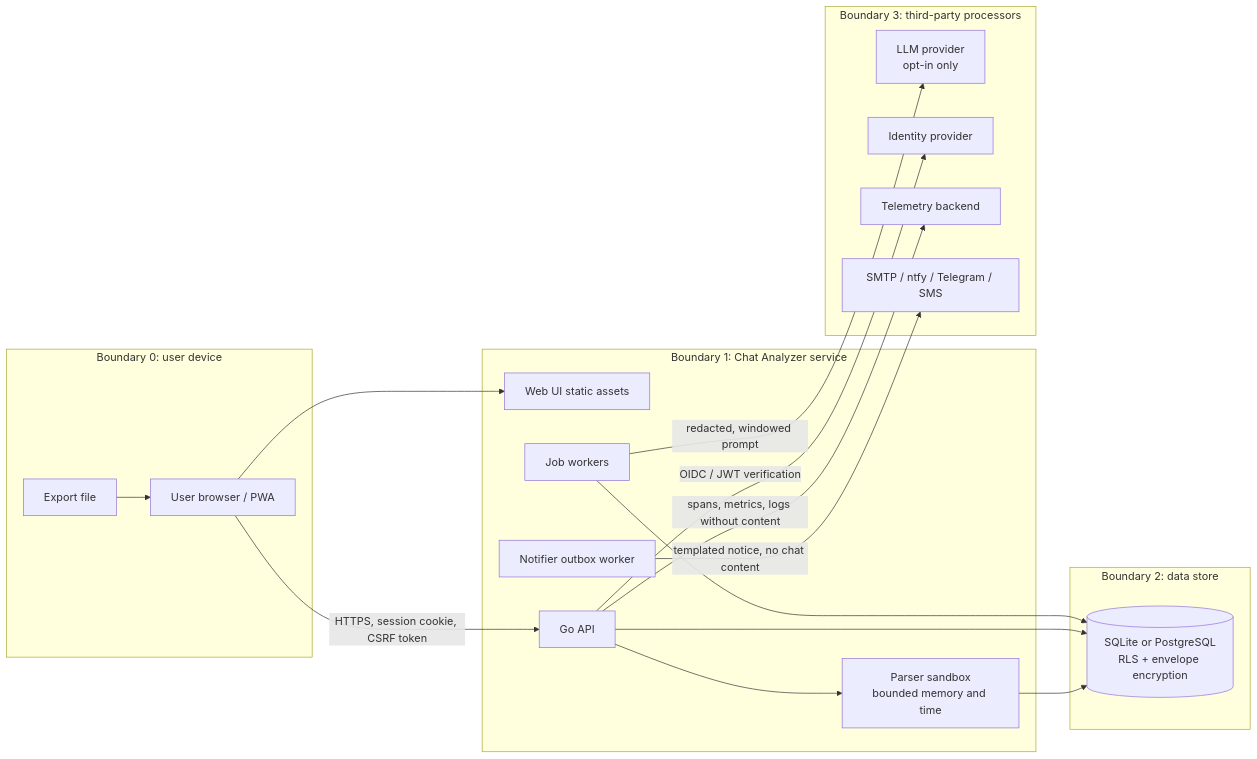
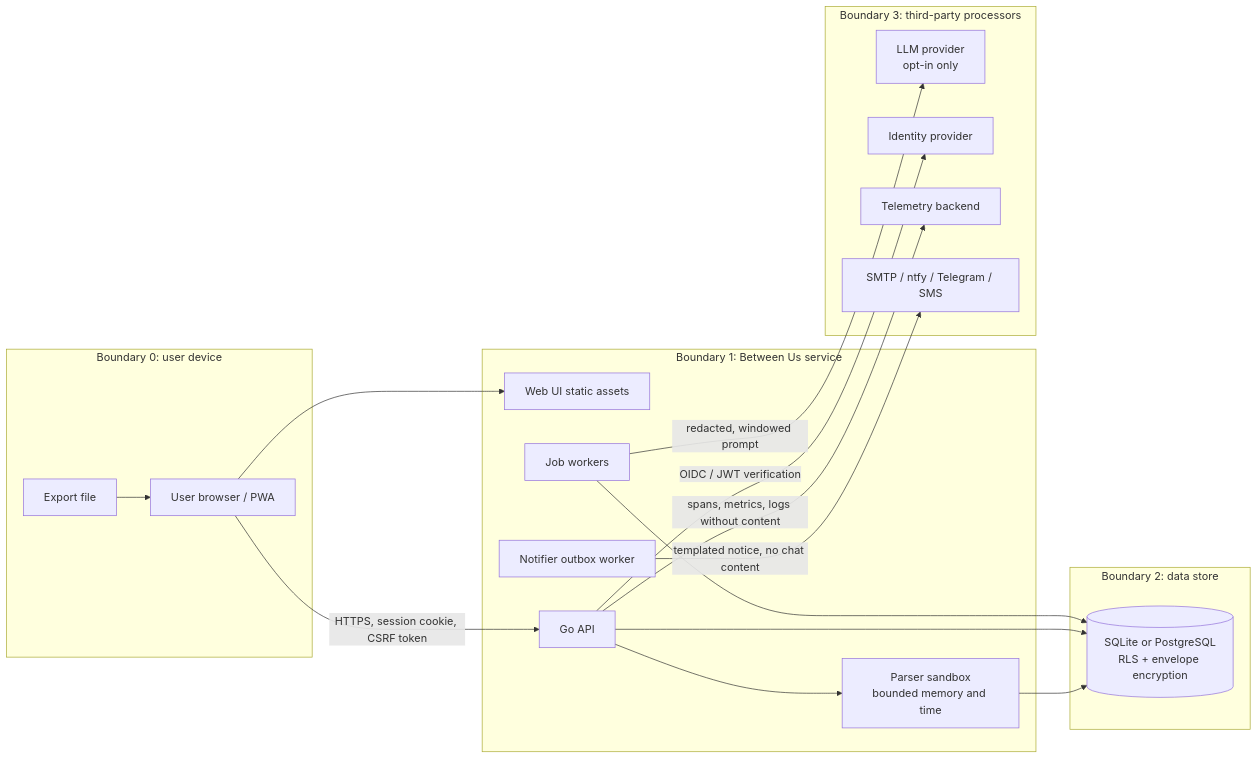
Before and after one commit to KshitijV97/between-us: the first of 3 diagrams in docs/08-security-privacy.md, drawn with Mermaid. The commit also changed other lines of this file and 70 other files, not shown here.

````diff
--- a/docs/08-security-privacy.md
+++ b/docs/08-security-privacy.md
@@ -43,34 +43,34 @@
 ```mermaid
 flowchart LR
     subgraph B0["Boundary 0: user device"]
         U["User browser / PWA"]
         F["Export file"]
     end
-    subgraph B1["Boundary 1: Chat Analyzer service"]
+    subgraph B1["Boundary 1: Between Us service"]
         W["Web UI static assets"]
         API["Go API"]
         P["Parser sandbox<br/>bounded memory and time"]
         J["Job workers"]
         N["Notifier outbox worker"]
     end
     subgraph B2["Boundary 2: data store"]
         DB[("SQLite or PostgreSQL<br/>RLS + envelope encryption")]
     end
     subgraph B3["Boundary 3: third-party processors"]
         LLM["LLM provider<br/>opt-in only"]
         IDP["Identity provider"]
         OT["Telemetry backend"]
         MAIL["SMTP / ntfy / Telegram / SMS"]
     end
     F --> U
     U -- "HTTPS, session cookie, CSRF token" --> API
     U --> W
     API --> P
     P --> DB
     API --> DB
     J --> DB
     J -- "redacted, windowed prompt" --> LLM
     API -- "OIDC / JWT verification" --> IDP
     API -- "spans, metrics, logs without content" --> OT
     N -- "templated notice, no chat content" --> MAIL
 ```
````
